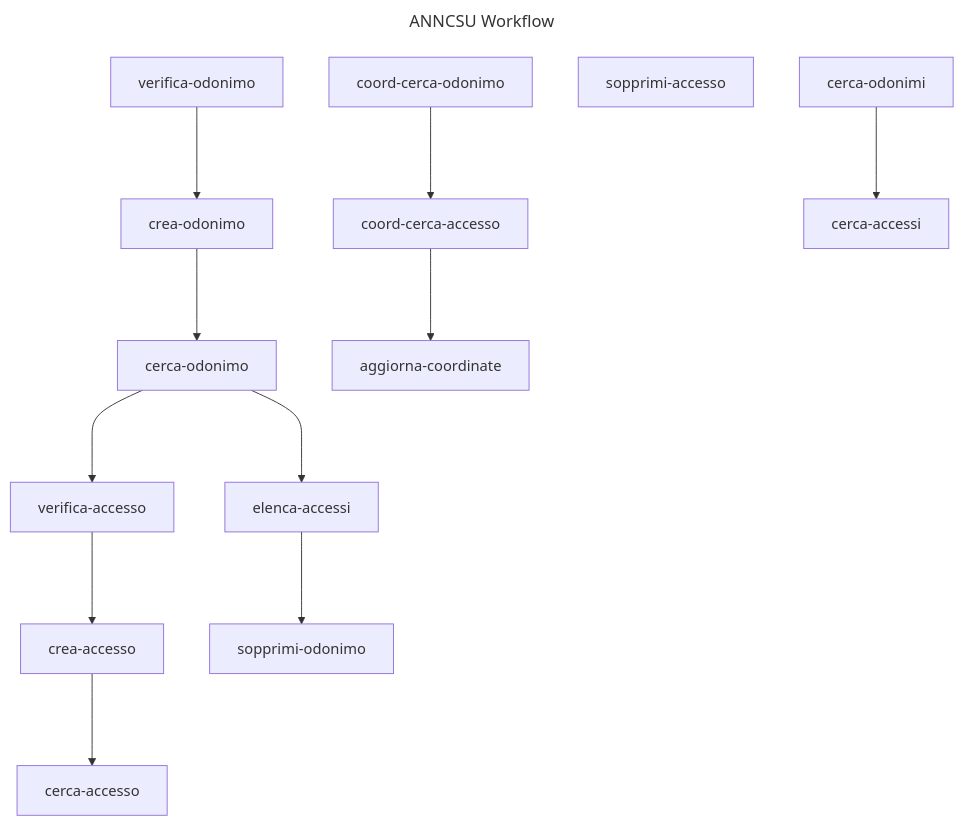
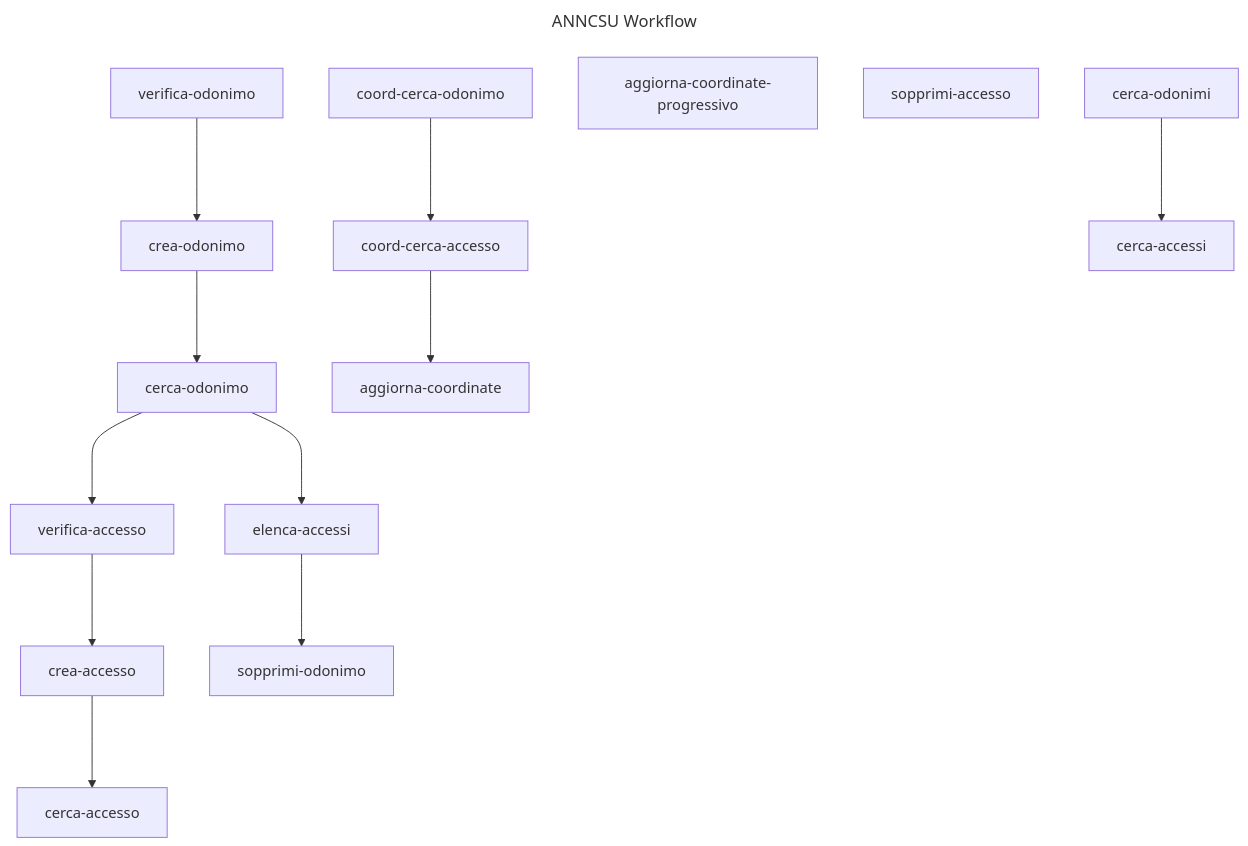
One commit to anncsu-open/anncsu-workflow-api changed the diagram in docs/workflows.md. Above: the diagram before and after it, drawn with Mermaid. The commit also changed other lines of this file and 7 other files, not shown here.

````diff
--- a/docs/workflows.md
+++ b/docs/workflows.md
@@ -9,31 +9,32 @@
 ```mermaid
 ---
 title: ANNCSU Workflow
 ---
 graph TD
 verifica_odonimo["verifica-odonimo"]
 crea_odonimo["crea-odonimo"]
 cerca_odonimo["cerca-odonimo"]
 verifica_accesso["verifica-accesso"]
 crea_accesso["crea-accesso"]
 cerca_accesso["cerca-accesso"]
 coord_cerca_odonimo["coord-cerca-odonimo"]
 coord_cerca_accesso["coord-cerca-accesso"]
 aggiorna_coordinate["aggiorna-coordinate"]
+aggiorna_coordinate_progressivo["aggiorna-coordinate-progressivo"]
 cerca_odonimo["cerca-odonimo"]
 elenca_accessi["elenca-accessi"]
 sopprimi_odonimo["sopprimi-odonimo"]
 sopprimi_accesso["sopprimi-accesso"]
 cerca_odonimi["cerca-odonimi"]
 cerca_accessi["cerca-accessi"]
 verifica_odonimo ---> crea_odonimo
 crea_odonimo ---> cerca_odonimo
 cerca_odonimo ---> verifica_accesso
 verifica_accesso ---> crea_accesso
 crea_accesso ---> cerca_accesso
 coord_cerca_odonimo ---> coord_cerca_accesso
 coord_cerca_accesso ---> aggiorna_coordinate
 cerca_odonimo ---> elenca_accessi
 elenca_accessi ---> sopprimi_odonimo
 cerca_odonimi ---> cerca_accessi
 ```
````
